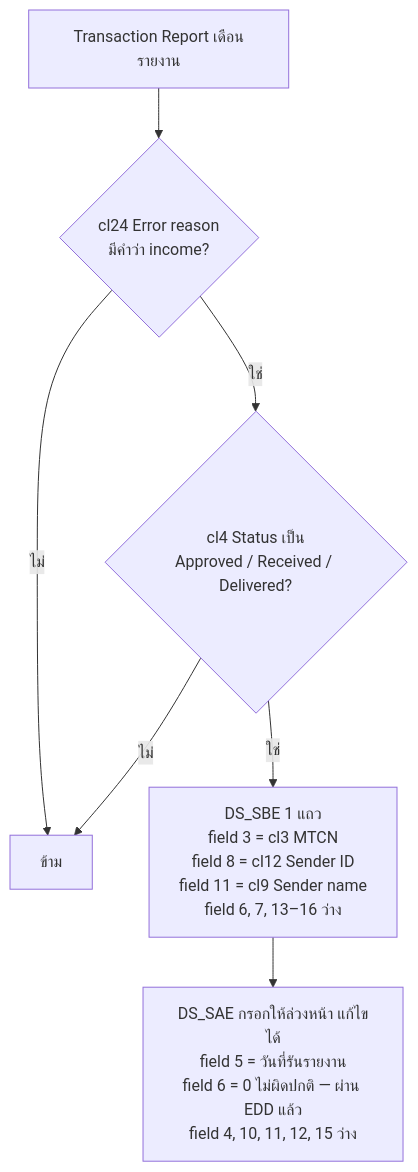
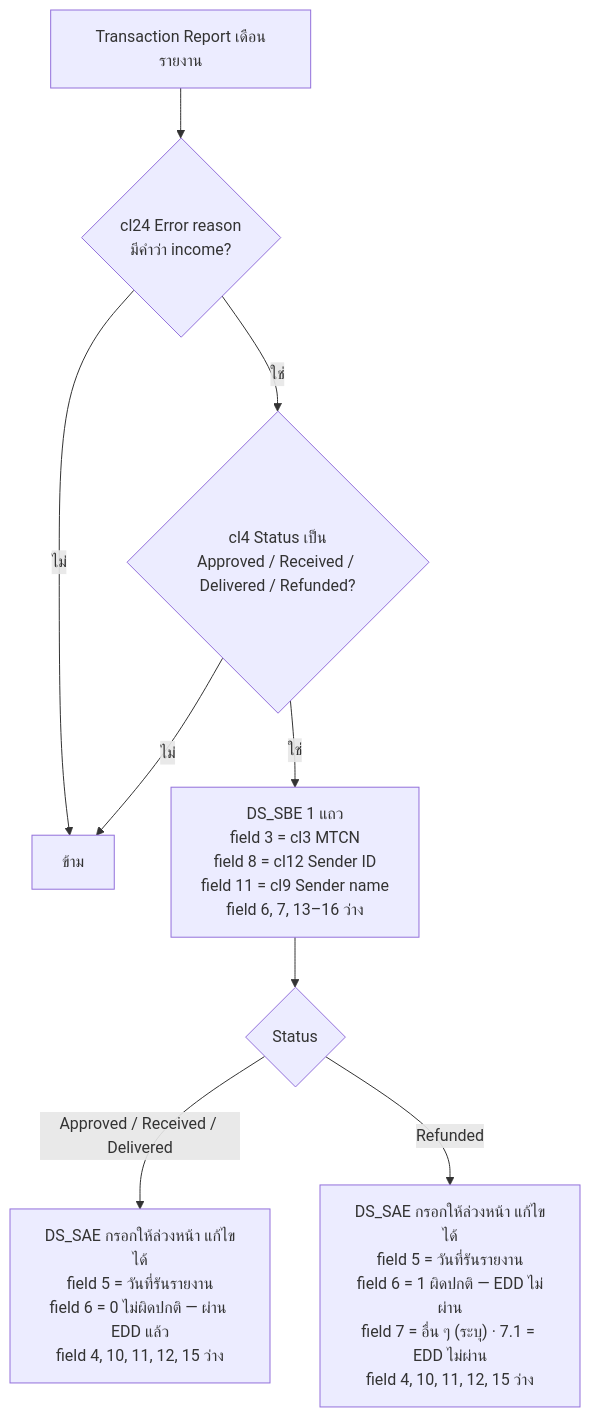
Before and after one commit to ArtSukasem/western-union-bot-report-2026: the fifth of 12 diagrams in .claude/usermanuals/rule-flowcharts-th.md, drawn with Mermaid. The commit also changed 11 other files, not shown here.

First line of the commit message:
Rule 203-Online: report Refunded rows as EDD not passed

````diff
--- a/.claude/usermanuals/rule-flowcharts-th.md
+++ b/.claude/usermanuals/rule-flowcharts-th.md
@@ -86,9 +86,11 @@
 ```mermaid
 flowchart TD
     A["Transaction Report เดือนรายงาน"] --> B{"cl24 Error reason<br/>มีคำว่า income?"}
     B -- ไม่ --> NO["ข้าม"]
-    B -- ใช่ --> C{"cl4 Status เป็น<br/>Approved / Received / Delivered?"}
+    B -- ใช่ --> C{"cl4 Status เป็น<br/>Approved / Received / Delivered / Refunded?"}
     C -- ไม่ --> NO
     C -- ใช่ --> D["DS_SBE 1 แถว<br/>field 3 = cl3 MTCN<br/>field 8 = cl12 Sender ID<br/>field 11 = cl9 Sender name<br/>field 6, 7, 13–16 ว่าง"]
-    D --> E["DS_SAE กรอกให้ล่วงหน้า แก้ไขได้<br/>field 5 = วันที่รันรายงาน<br/>field 6 = 0 ไม่ผิดปกติ — ผ่าน EDD แล้ว<br/>field 4, 10, 11, 12, 15 ว่าง"]
+    D --> S{"Status"}
+    S -- "Approved / Received / Delivered" --> E["DS_SAE กรอกให้ล่วงหน้า แก้ไขได้<br/>field 5 = วันที่รันรายงาน<br/>field 6 = 0 ไม่ผิดปกติ — ผ่าน EDD แล้ว<br/>field 4, 10, 11, 12, 15 ว่าง"]
+    S -- Refunded --> F["DS_SAE กรอกให้ล่วงหน้า แก้ไขได้<br/>field 5 = วันที่รันรายงาน<br/>field 6 = 1 ผิดปกติ — EDD ไม่ผ่าน<br/>field 7 = อื่น ๆ (ระบุ) · 7.1 = EDD ไม่ผ่าน<br/>field 4, 10, 11, 12, 15 ว่าง"]
 ```
````
